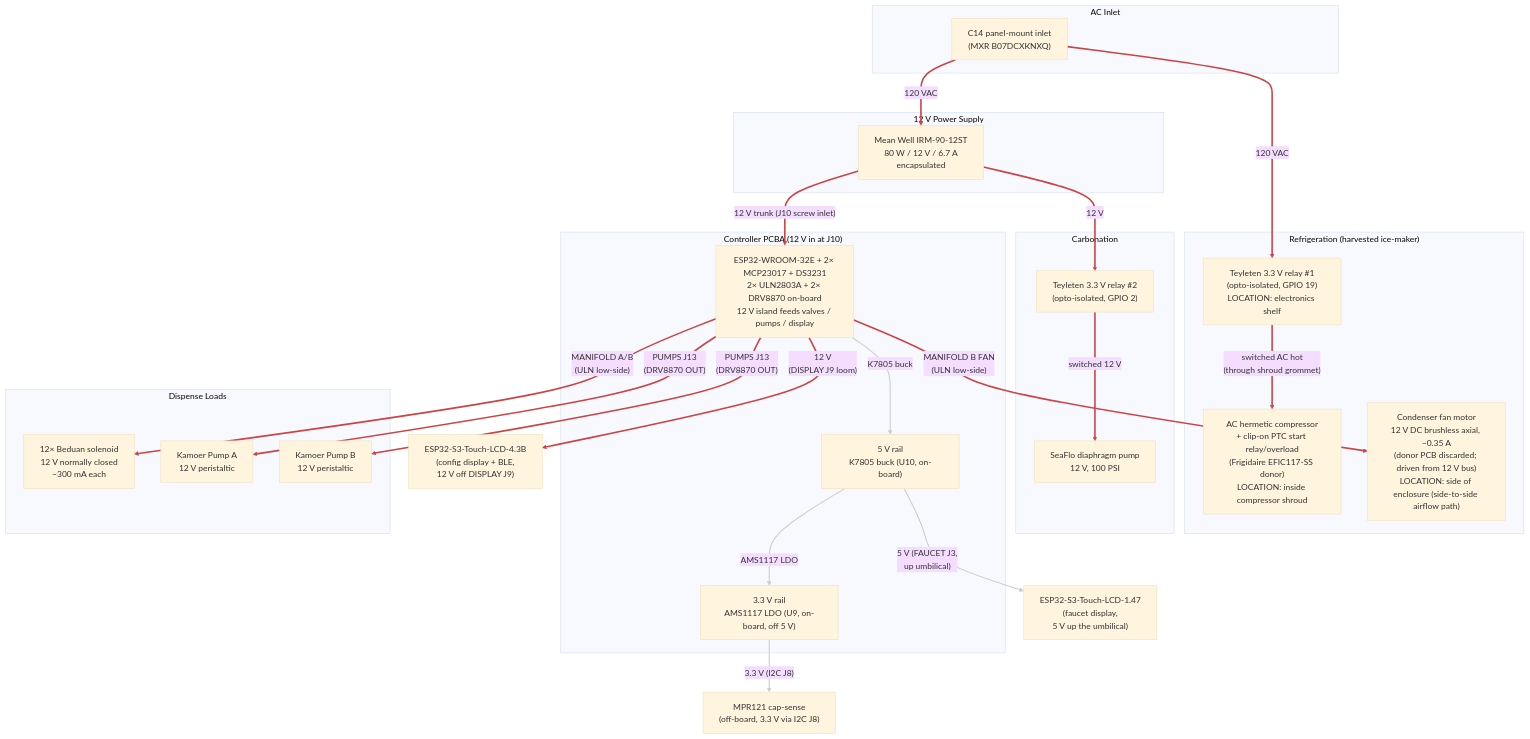
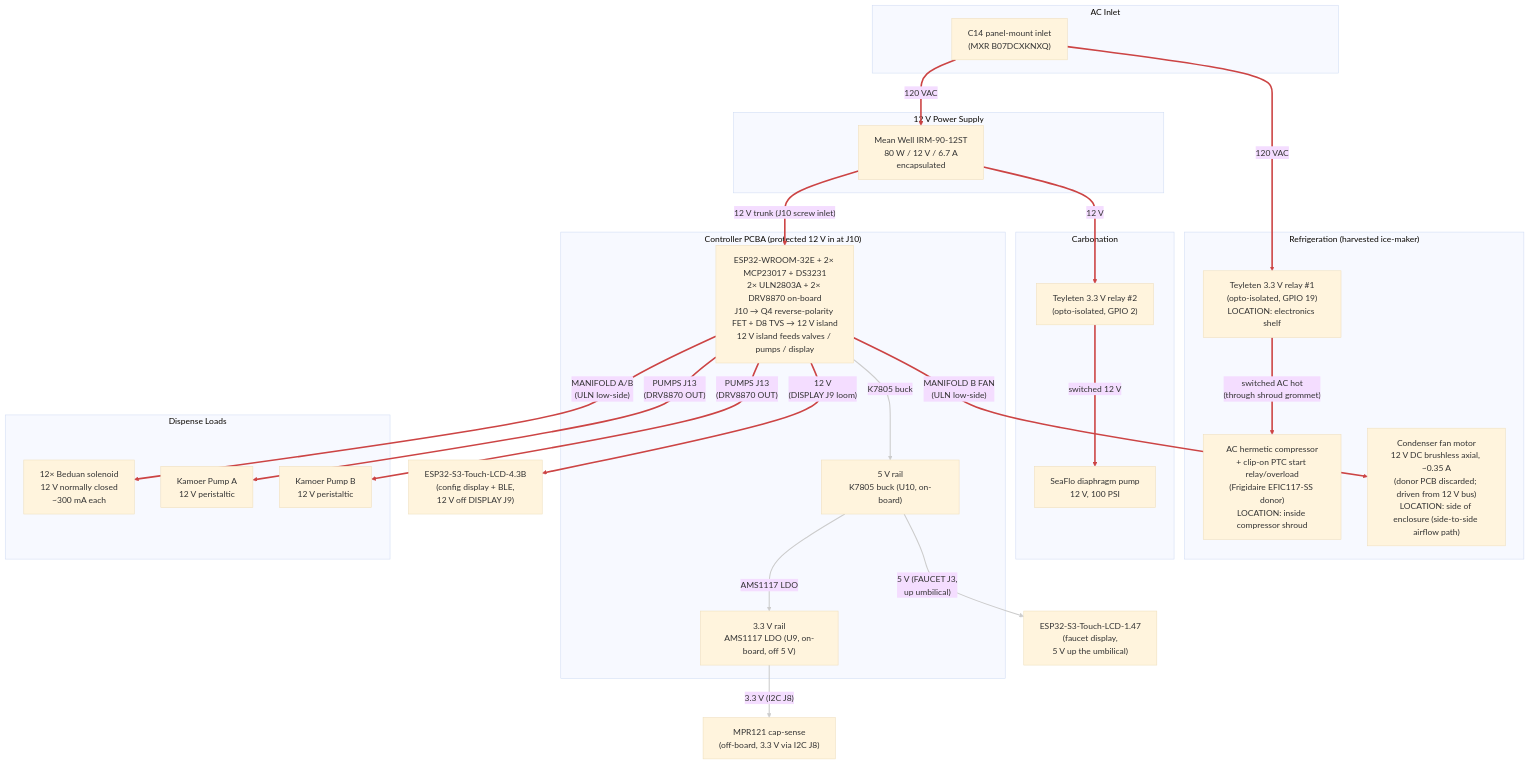
One commit to derekbreden/homesodamachine changed the diagram in hardware/wiring/power.mmd. Above: the diagram before and after it, drawn with Mermaid (base theme). The commit also changed 8 other files, not shown here.

First line of the commit message:
pcba: reverse-polarity P-FET + surge clamp at the J10 12V inlet — a mis-wired loom can't cook C3/buck/drivers

```diff
--- a/hardware/wiring/power.mmd
+++ b/hardware/wiring/power.mmd
@@ -1,126 +1,131 @@
 flowchart TD
 
   %% Power Distribution (current plan).
   %% 120 VAC mains in via C14 inlet; Mean Well 12 V PSU supplies the
   %% 12 V bus for everything except the compressor itself, which runs
   %% on switched mains via Teyleten relay #1 (PCBA RELAYS J5, ESP32
   %% GPIO 19). The 12 V diaphragm pump is gated by Teyleten relay #2
   %% (PCBA RELAYS J5, ESP32 GPIO 2) so firmware can keep refill off
   %% during an active dispense. Both relay modules take their coil/opto
   %% 5 V from RELAYS J5.
   %% The 12 V bus feeds the controller PCBA at its screw inlet (J10).
+  %% The inlet is protected: a P-channel MOSFET (Q4, AO3407) in the high
+  %% side blocks reverse polarity before the 12 V reaches the island, and
+  %% a 15 V TVS (D8, SMAJ15A) clamps input surges the board sees to under
+  %% C3's 25 V rating — so a mis-wired or transient-laden supply can no
+  %% longer cook the bulk cap, the K7805, or the drivers.
   %% The board makes its own logic rails — 5 V from the on-board K7805
   %% buck (U10), 3.3 V from the on-board AMS1117 LDO (U9, off the 5 V
   %% rail) — and carries the WROOM, both MCP23017s, the RTC, both
   %% ULN2803As, and the two DRV8870 pump H-bridges. Off-board 12 V
   %% loads draw through the board: solenoid valves + condenser fan
   %% through the ULN channels (MANIFOLD A/B), peristaltic pumps through
   %% the DRV8870s (PUMPS J13), and the 4.3B config display through its
   %% loom connector (DISPLAY J9 carries RS485 + 12 V). The faucet
   %% display takes 5 V up the umbilical (FAUCET J3); the sensor loom
   %% (SENSORS J4) and the MQ-6 heater (GAS J11) draw 5 V / 3.3 V off
   %% the same on-board rails.
   %% Physical placement:
   %% - The C14 inlet, AC distribution, PSU, both Teyleten relays, and
   %%   the controller PCBA sit on a single electronics shelf at the
   %%   top-back of the enclosure, behind the rear-panel C14 inlet.
   %% - The compressor sits middle-bottom inside a fire-rated metal
   %%   shroud (because the appliance is going into kitchens used by
   %%   friends, family, and customers the founder knows by name, and
   %%   safe handling of the R-600a charge is what UL 60335-2-89
   %%   actually requires); its clip-on PTC start relay + overload
   %%   module is co-located with the compressor body inside the shroud.
   %% - Teyleten relay #1 stays on the SHELF, OUTSIDE the shroud.
   %%   Only switched AC enters the shroud (one wire bundle through one
   %%   grommet: switched H + N + chassis G). This avoids placing an
   %%   arcing contact inside the protected hydrocarbon-refrigerant
   %%   compartment.
   %% - The condenser fan motor is on the side of the enclosure
   %%   (the side-to-side intake → condenser → exhaust airflow path)
   %%   and is OUTSIDE the shroud. It is a 12 V DC brushless axial
   %%   fan: the donor ice maker's own PCB regulated mains to 12 V
   %%   to drive it (factory wiring was never AC on the fan itself),
   %%   so on harvest we discard the donor PCB and drive the fan
   %%   from our own 12 V bus. Low-side switched via one channel of
   %%   ULN2803A #2 (MANIFOLD B FAN pin, driven from MCP23017 0x21
   %%   PA3) — same pattern as the solenoid valves. Firmware turns it
   %%   on/off in lockstep with the compressor.
   %% See `ac-wiring-schedule.md` for run-by-run gauges + lengths and
   %% `../cut-parts/compressor-shroud/` for the shroud part.
 
   subgraph AC_Inlet["AC Inlet"]
     C14["C14 panel-mount inlet\n(MXR B07DCXKNXQ)"]
   end
 
   subgraph Supply["12 V Power Supply"]
     PSU["Mean Well IRM-90-12ST\n80 W / 12 V / 6.7 A\nencapsulated"]
   end
 
   subgraph Refrigeration["Refrigeration  (harvested ice-maker)"]
     RELAY["Teyleten 3.3 V relay #1\n(opto-isolated, GPIO 19)\nLOCATION: electronics shelf"]
     COMP_AC["AC hermetic compressor\n+ clip-on PTC start relay/overload\n(Frigidaire EFIC117-SS donor)\nLOCATION: inside compressor shroud"]
     COND_FAN["Condenser fan motor\n12 V DC brushless axial, ~0.35 A\n(donor PCB discarded; driven from 12 V bus)\nLOCATION: side of enclosure (side-to-side airflow path)"]
   end
 
   subgraph Carbonation["Carbonation"]
     DIA_RELAY["Teyleten 3.3 V relay #2\n(opto-isolated, GPIO 2)"]
     DIA_PUMP["SeaFlo diaphragm pump\n12 V, 100 PSI"]
   end
 
-  subgraph Board["Controller PCBA  (12 V in at J10)"]
-    PCBA["ESP32-WROOM-32E + 2× MCP23017 + DS3231\n2× ULN2803A + 2× DRV8870 on-board\n12 V island feeds valves / pumps / display"]
+  subgraph Board["Controller PCBA  (protected 12 V in at J10)"]
+    PCBA["ESP32-WROOM-32E + 2× MCP23017 + DS3231\n2× ULN2803A + 2× DRV8870 on-board\nJ10 → Q4 reverse-polarity FET + D8 TVS → 12 V island\n12 V island feeds valves / pumps / display"]
     REG_5V["5 V rail\nK7805 buck (U10, on-board)"]
     REG_3V3["3.3 V rail\nAMS1117 LDO (U9, on-board, off 5 V)"]
   end
 
   subgraph Dispense["Dispense Loads"]
     VALVES["12× Beduan solenoid\n12 V normally closed\n~300 mA each"]
     PUMP_A["Kamoer Pump A\n12 V peristaltic"]
     PUMP_B["Kamoer Pump B\n12 V peristaltic"]
   end
 
   CFG["ESP32-S3-Touch-LCD-4.3B\n(config display + BLE,\n 12 V off DISPLAY J9)"]
 
   FAUCET["ESP32-S3-Touch-LCD-1.47\n(faucet display,\n 5 V up the umbilical)"]
 
   MPR["MPR121 cap-sense\n(off-board, 3.3 V via I2C J8)"]
 
   %% AC distribution (hot leg)
   C14 ==>|"120 VAC"| RELAY
   C14 ==>|"120 VAC"| PSU
   RELAY ==>|"switched AC hot\n(through shroud grommet)"| COMP_AC
 
   %% 12 V distribution
   PSU ==>|"12 V trunk (J10 screw inlet)"| PCBA
   PSU ==>|"12 V"| DIA_RELAY
   DIA_RELAY ==>|"switched 12 V"| DIA_PUMP
   PCBA ==>|"MANIFOLD A/B\n(ULN low-side)"| VALVES
   PCBA ==>|"MANIFOLD B FAN\n(ULN low-side)"| COND_FAN
   PCBA ==>|"PUMPS J13\n(DRV8870 OUT)"| PUMP_A
   PCBA ==>|"PUMPS J13\n(DRV8870 OUT)"| PUMP_B
   PCBA ==>|"12 V\n(DISPLAY J9 loom)"| CFG
 
   %% Logic rails (made on the PCBA)
   PCBA -->|"K7805 buck"| REG_5V
   REG_5V -->|"5 V (FAUCET J3,\n up umbilical)"| FAUCET
   REG_5V -->|"AMS1117 LDO"| REG_3V3
   REG_3V3 -->|"3.3 V (I2C J8)"| MPR
 
   %% Power paths (red, thick).
   %% 0    = C14 -> relay #1 (AC mains)
   %% 1    = C14 -> PSU (AC mains)
   %% 2    = relay #1 -> compressor (switched AC, through shroud)
   %% 3    = PSU 12 V trunk -> PCBA (J10)
   %% 4    = PSU 12 V -> diaphragm relay #2
   %% 5    = relay #2 -> diaphragm pump (switched 12 V)
   %% 6    = PCBA -> solenoid valves (ULN low-side)
   %% 7    = PCBA -> condenser fan (ULN low-side)
   %% 8-9  = PCBA -> peristaltic pumps (DRV8870)
   %% 10   = PCBA -> 4.3B config display (12 V off J9)
   linkStyle 0,1,2,3,4,5,6,7,8,9,10 stroke:#c44,stroke-width:3px
   %% Logic rails (5 V, 3.3 V), made on the PCBA: white workhorse.
   %% 11 = K7805 buck -> 5 V rail
   %% 12 = 5 V rail -> faucet display (up umbilical)
   %% 13 = AMS1117 -> 3.3 V rail
   %% 14 = 3.3 V rail -> off-board MPR121 (I2C header)
   linkStyle 11,12,13,14 stroke:#ccc,stroke-width:2px
```
